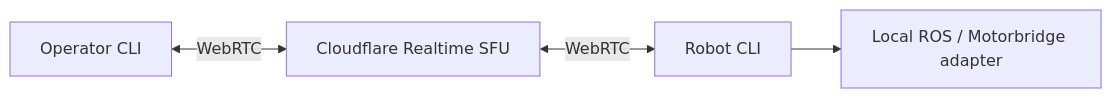
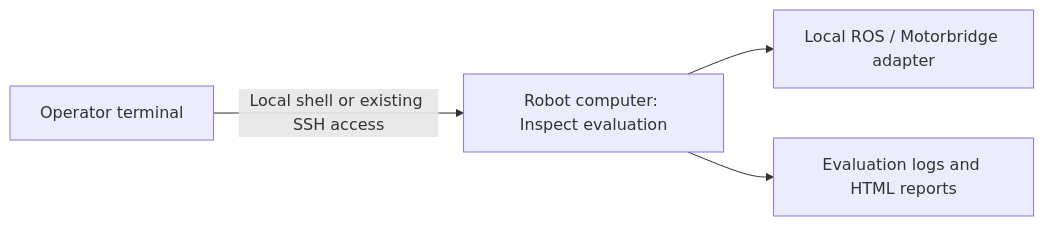
One commit to kyeshmz/inspect-robots-b601 changed the diagram in README.md. Above: the diagram before and after it, drawn with Mermaid. The commit also changed other lines of this file and 24 other files, not shown here.

````diff
--- a/README.md
+++ b/README.md
@@ -56,6 +66,6 @@
 ```mermaid
 flowchart LR
-    O[Operator CLI] <-->|WebRTC| C[Cloudflare Realtime SFU]
-    C <-->|WebRTC| R[Robot CLI]
+    O[Operator terminal] -->|Local shell or existing SSH access| R[Robot computer: Inspect evaluation]
     R --> A[Local ROS / Motorbridge adapter]
+    R --> L[Evaluation logs and HTML reports]
 ```
````
